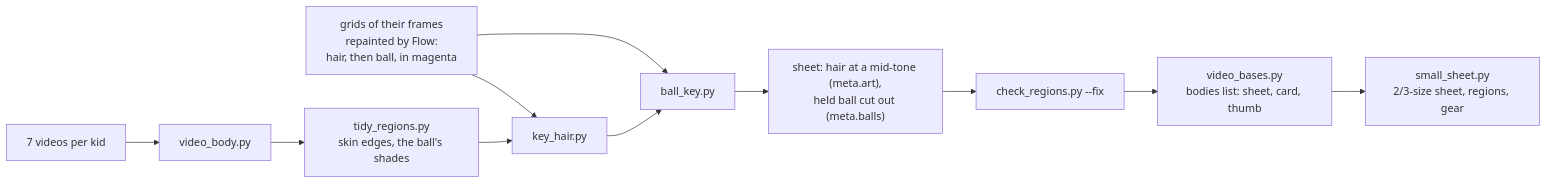
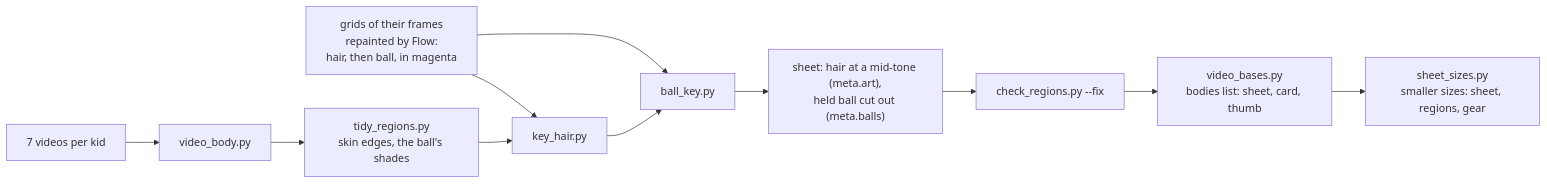
Before and after one commit to orsonbrooker/orsonbrooker.github.io: the tenth of 10 diagrams in docs/architecture.md, drawn with Mermaid. The commit also changed other lines of this file and 1 other file, not shown here.

Commit message:
Docs: sheet sizes and how they're picked

````diff
--- a/docs/architecture.md
+++ b/docs/architecture.md
@@ -560,8 +560,8 @@
 ```mermaid
 flowchart LR
   V["7 videos per kid"] --> B["video_body.py"] --> T["tidy_regions.py<br/>skin edges, the ball's shades"]
   G["grids of their frames<br/>repainted by Flow:<br/>hair, then ball, in magenta"] --> H["key_hair.py"] & K["ball_key.py"]
   T --> H --> K --> S["sheet: hair at a mid-tone (meta.art),<br/>held ball cut out (meta.balls)"]
   S --> C["check_regions.py --fix"] --> VB["video_bases.py<br/>bodies list: sheet, card, thumb"]
-  VB --> SM["small_sheet.py<br/>2/3-size sheet, regions, gear"]
+  VB --> SM["sheet_sizes.py<br/>smaller sizes: sheet, regions, gear"]
 ```
````
